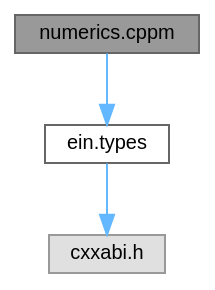
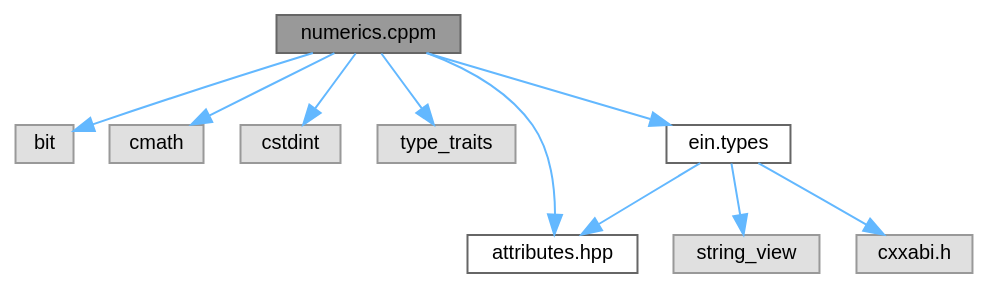
The diagram in numerics_8cppm__incl.dot (ekmett/ein), drawn with Graphviz before and after one commit. The commit also changed 38 other files, not shown here.

```diff
--- a/numerics_8cppm__incl.dot
+++ b/numerics_8cppm__incl.dot
@@ -1,13 +1,26 @@
 digraph "numerics.cppm"
 {
  // INTERACTIVE_SVG=YES
  // LATEX_PDF_SIZE
   bgcolor="transparent";
   edge [fontname=Helvetica,fontsize=10,labelfontname=Helvetica,labelfontsize=10];
   node [fontname=Helvetica,fontsize=10,shape=box,height=0.2,width=0.4];
   Node1 [id="Node000001",label="numerics.cppm",height=0.2,width=0.4,color="gray40", fillcolor="grey60", style="filled", fontcolor="black",tooltip=" "];
   Node1 -> Node2 [id="edge1_Node000001_Node000002",color="steelblue1",style="solid",tooltip=" "];
-  Node2 [id="Node000002",label="ein.types",height=0.2,width=0.4,color="grey40", fillcolor="white", style="filled",URL="$types_8cppm.html",tooltip=" "];
-  Node2 -> Node3 [id="edge2_Node000002_Node000003",color="steelblue1",style="solid",tooltip=" "];
-  Node3 [id="Node000003",label="cxxabi.h",height=0.2,width=0.4,color="grey60", fillcolor="#E0E0E0", style="filled",tooltip=" "];
+  Node2 [id="Node000002",label="bit",height=0.2,width=0.4,color="grey60", fillcolor="#E0E0E0", style="filled",tooltip=" "];
+  Node1 -> Node3 [id="edge2_Node000001_Node000003",color="steelblue1",style="solid",tooltip=" "];
+  Node3 [id="Node000003",label="cmath",height=0.2,width=0.4,color="grey60", fillcolor="#E0E0E0", style="filled",tooltip=" "];
+  Node1 -> Node4 [id="edge3_Node000001_Node000004",color="steelblue1",style="solid",tooltip=" "];
+  Node4 [id="Node000004",label="cstdint",height=0.2,width=0.4,color="grey60", fillcolor="#E0E0E0", style="filled",tooltip=" "];
+  Node1 -> Node5 [id="edge4_Node000001_Node000005",color="steelblue1",style="solid",tooltip=" "];
+  Node5 [id="Node000005",label="type_traits",height=0.2,width=0.4,color="grey60", fillcolor="#E0E0E0", style="filled",tooltip=" "];
+  Node1 -> Node6 [id="edge5_Node000001_Node000006",color="steelblue1",style="solid",tooltip=" "];
+  Node6 [id="Node000006",label="attributes.hpp",height=0.2,width=0.4,color="grey40", fillcolor="white", style="filled",URL="$attributes_8hpp.html",tooltip="an opinionated subset of clang/gcc attributes"];
+  Node1 -> Node7 [id="edge6_Node000001_Node000007",color="steelblue1",style="solid",tooltip=" "];
+  Node7 [id="Node000007",label="ein.types",height=0.2,width=0.4,color="grey40", fillcolor="white", style="filled",URL="$types_8cppm.html",tooltip=" "];
+  Node7 -> Node8 [id="edge7_Node000007_Node000008",color="steelblue1",style="solid",tooltip=" "];
+  Node8 [id="Node000008",label="string_view",height=0.2,width=0.4,color="grey60", fillcolor="#E0E0E0", style="filled",tooltip=" "];
+  Node7 -> Node6 [id="edge8_Node000007_Node000006",color="steelblue1",style="solid",tooltip=" "];
+  Node7 -> Node9 [id="edge9_Node000007_Node000009",color="steelblue1",style="solid",tooltip=" "];
+  Node9 [id="Node000009",label="cxxabi.h",height=0.2,width=0.4,color="grey60", fillcolor="#E0E0E0", style="filled",tooltip=" "];
 }
```
